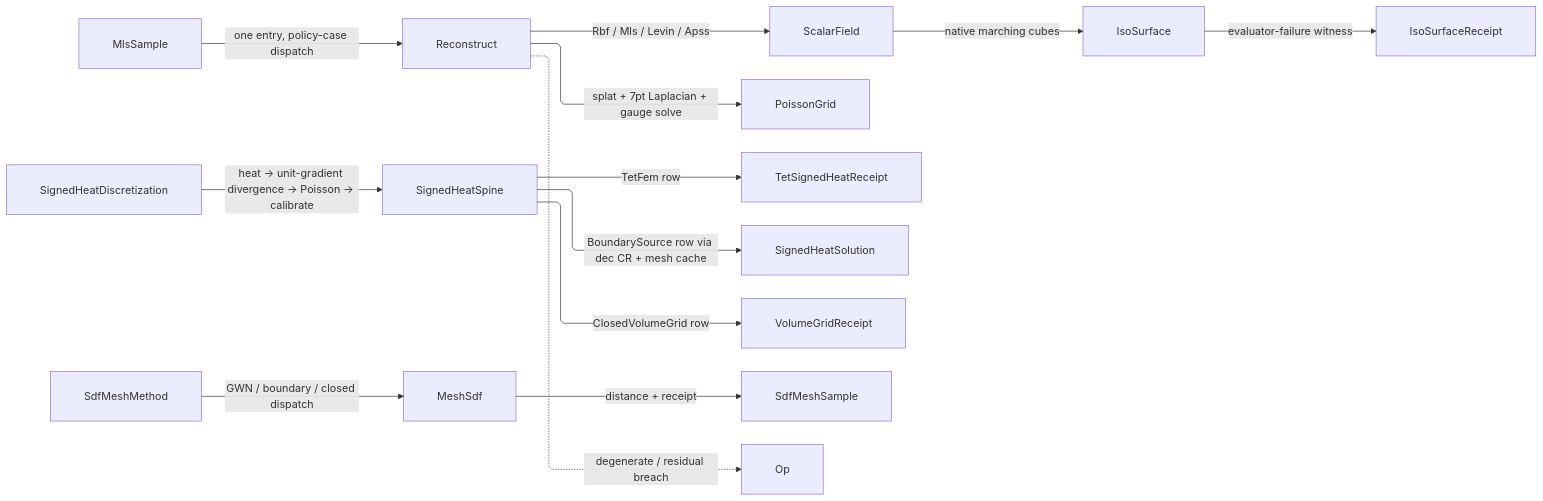
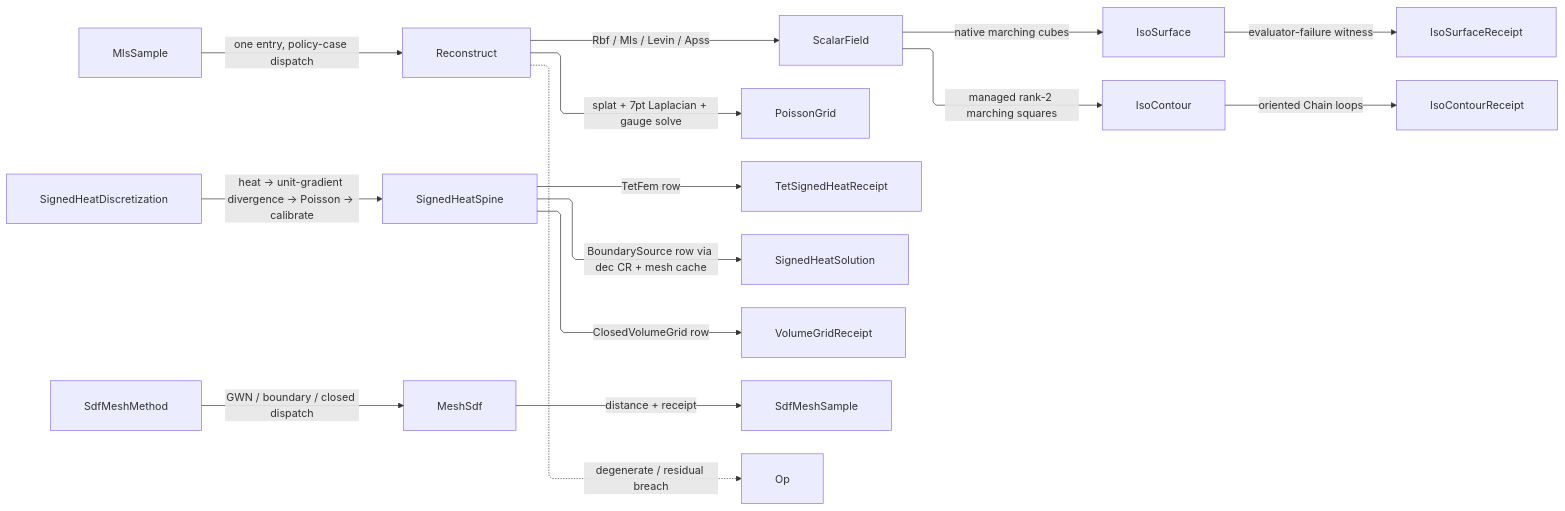
Before and after one commit to bsamiee/Rasm: the diagram in libs/csharp/Rasm/.planning/Meshing/reconstruct.md, drawn with Mermaid. The commit also changed other lines of this file and 693 other files, not shown here.

````diff
--- a/libs/csharp/Rasm/.planning/Meshing/reconstruct.md
+++ b/libs/csharp/Rasm/.planning/Meshing/reconstruct.md
@@ -651,24 +895,26 @@
 ```mermaid
 ---
 config:
   layout: elk
   flowchart:
     curve: linear
     padding: 25
 ---
 flowchart LR
     accTitle: Reconstruction dispatch
     accDescr: Reconstruction policies produce scalar fields, signed heat shares one spine, and native extraction returns typed evidence.
     MlsSample -->|one entry, policy-case dispatch| Reconstruct
     Reconstruct -->|Rbf / Mls / Levin / Apss| ScalarField
     Reconstruct -->|splat + 7pt Laplacian + gauge solve| PoissonGrid
     SignedHeatDiscretization -->|heat -> unit-gradient divergence -> Poisson -> calibrate| SignedHeatSpine
     SignedHeatSpine -->|TetFem row| TetSignedHeatReceipt
     SignedHeatSpine -->|BoundarySource row via dec CR + mesh cache| SignedHeatSolution
     SignedHeatSpine -->|ClosedVolumeGrid row| VolumeGridReceipt
     SdfMeshMethod -->|GWN / boundary / closed dispatch| MeshSdf
     MeshSdf -->|distance + receipt| SdfMeshSample
     ScalarField -->|native marching cubes| IsoSurface
     IsoSurface -->|evaluator-failure witness| IsoSurfaceReceipt
+    ScalarField -->|managed rank-2 marching squares| IsoContour
+    IsoContour -->|oriented Chain loops| IsoContourReceipt
     Reconstruct -.->|degenerate / residual breach| Op
 ```
````
